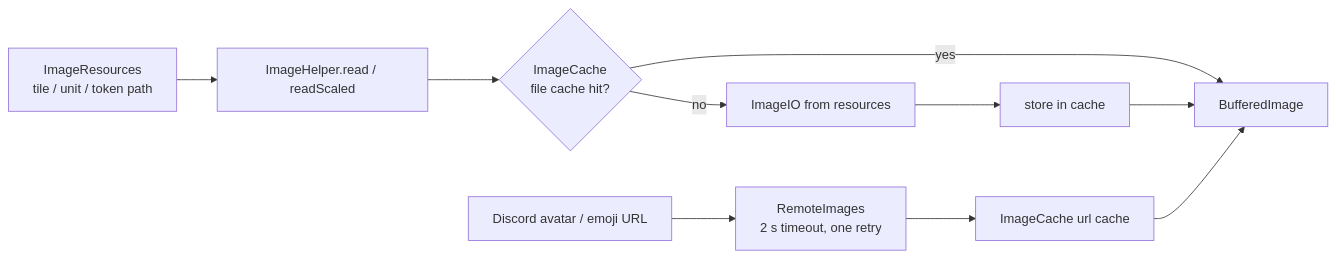
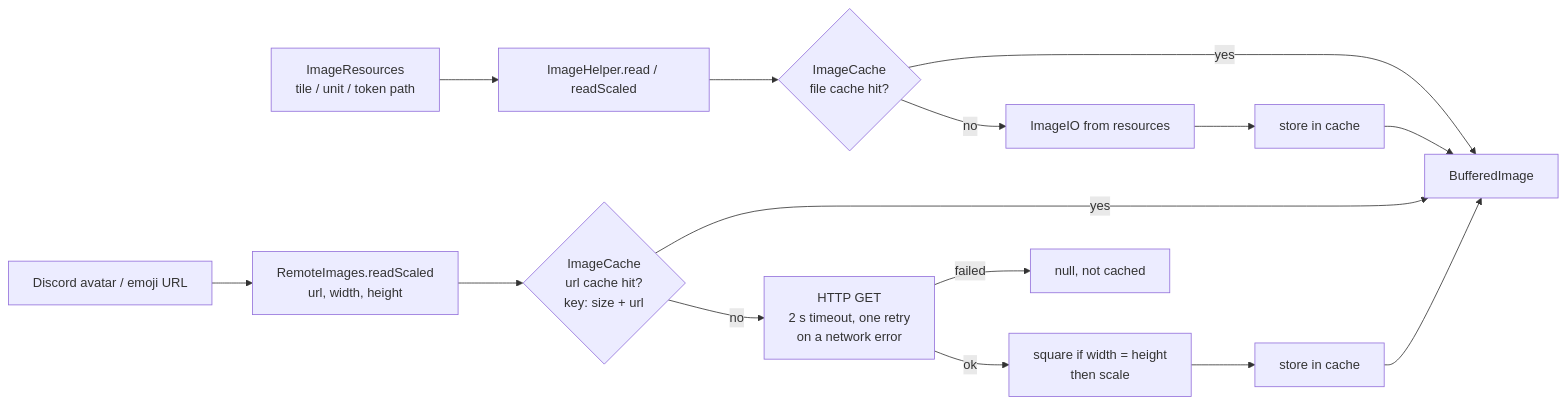
One commit to AsyncTI4/TI4_map_generator_bot changed the tenth of 10 diagrams in src/main/java/ti4/image/README.md. Above: the diagram before and after it, drawn with Mermaid. The commit also changed other lines of this file and 3 other files, not shown here.

````diff
--- a/src/main/java/ti4/image/README.md
+++ b/src/main/java/ti4/image/README.md
@@ -296,9 +291,13 @@
 ```mermaid
 flowchart LR
     Path[ImageResources<br/>tile / unit / token path] --> Read[ImageHelper.read / readScaled]
     Read --> Cache{ImageCache<br/>file cache hit?}
     Cache -- yes --> Img[BufferedImage]
     Cache -- no --> Disk[ImageIO from resources] --> Store[store in cache] --> Img
-    Url[Discord avatar / emoji URL] --> Remote[RemoteImages<br/>2 s timeout, one retry]
-    Remote --> UrlCache[ImageCache url cache] --> Img
+    Url[Discord avatar / emoji URL] --> Remote[RemoteImages.readScaled<br/>url, width, height]
+    Remote --> UrlCache{ImageCache<br/>url cache hit?<br/>key: size + url}
+    UrlCache -- yes --> Img
+    UrlCache -- no --> Fetch[HTTP GET<br/>2 s timeout, one retry<br/>on a network error]
+    Fetch -- "failed" --> Null[null, not cached]
+    Fetch -- ok --> Scale[square if width = height<br/>then scale] --> UrlStore[store in cache] --> Img
 ```
````
